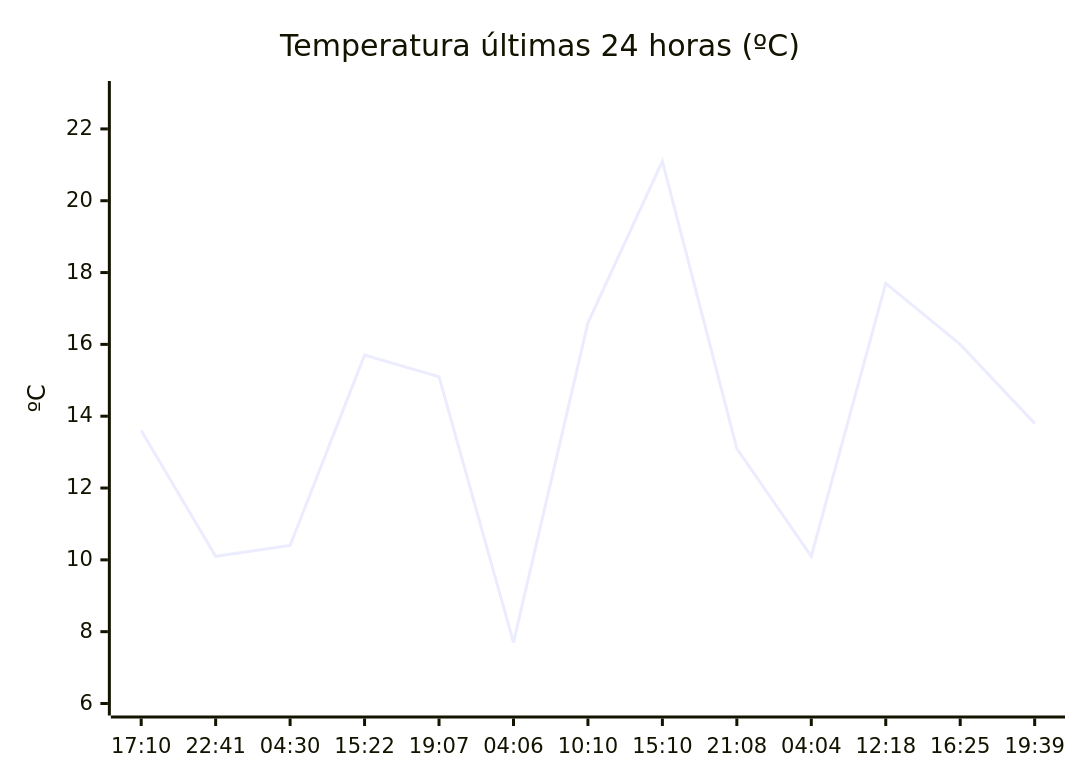
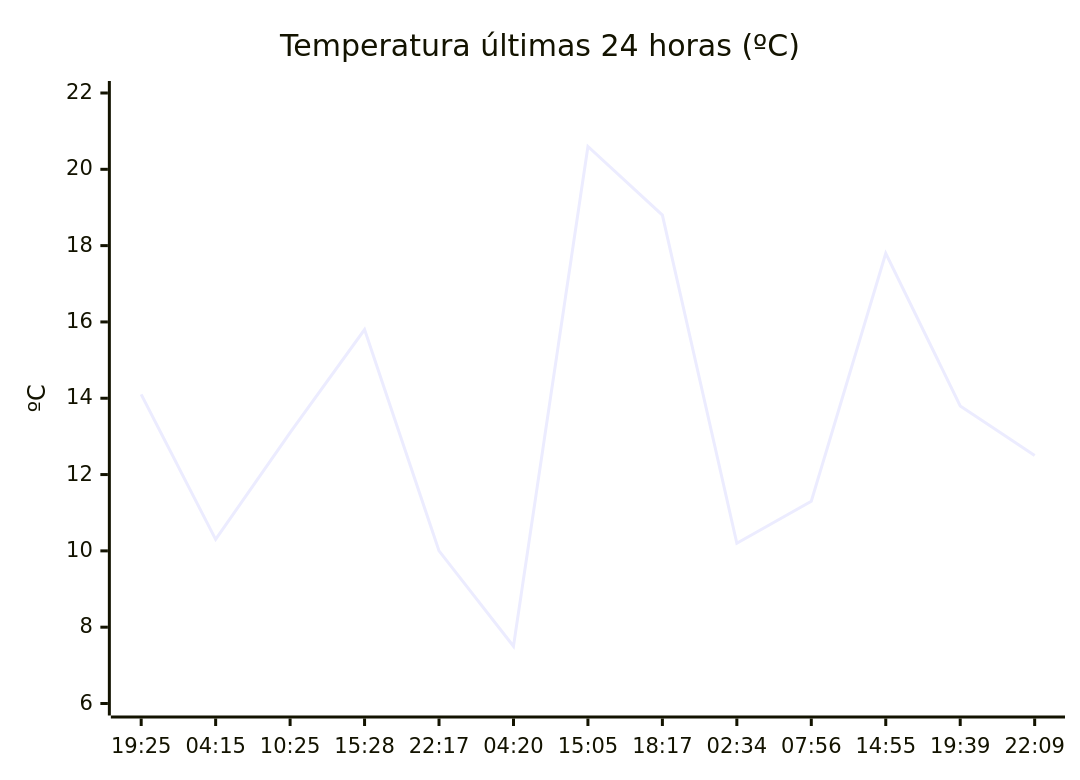
One commit to solidsnk86/rem-scrap changed the diagram in README.md. Above: the diagram before and after it, drawn with Mermaid. The commit also changed other lines of this file, not shown here.

````diff
--- a/README.md
+++ b/README.md
@@ -28,7 +36,7 @@
 ```mermaid
 xychart-beta
     title "Temperatura últimas 24 horas (ºC)"
-    x-axis ["17:10", "22:41", "04:30", "15:22", "19:07", "04:06", "10:10", "15:10", "21:08", "04:04", "12:18", "16:25", "19:39"]
-    y-axis "ºC" 6 --> 23
-    line [13.6, 10.1, 10.4, 15.7, 15.1, 7.7, 16.6, 21.1, 13.1, 10.1, 17.7, 16, 13.8]
+    x-axis ["19:25", "04:15", "10:25", "15:28", "22:17", "04:20", "15:05", "18:17", "02:34", "07:56", "14:55", "19:39", "22:09"]
+    y-axis "ºC" 6 --> 22
+    line [14.1, 10.3, 13.1, 15.8, 10, 7.5, 20.6, 18.8, 10.2, 11.3, 17.8, 13.8, 12.5]
 ```
````
